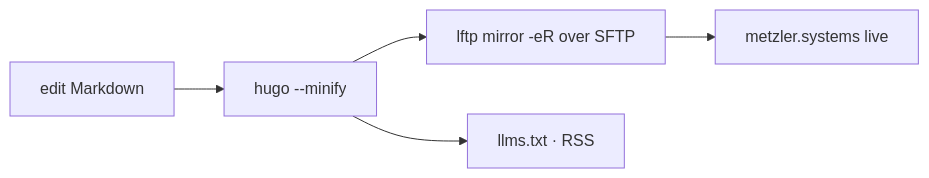
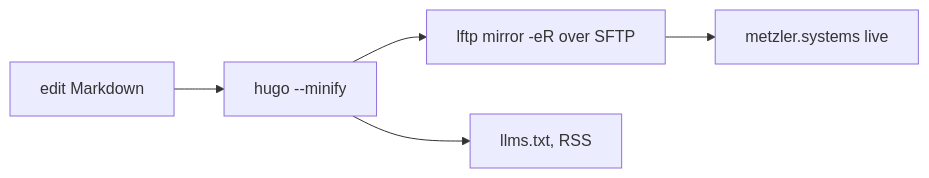
One commit to miathedev/metzler.systems changed the diagram in site/content/blog/2026-10-23-one-command-to-publish/index.md. Above: the diagram before and after it, drawn with Mermaid. The commit also changed other lines of this file and 11 other files, not shown here.

````diff
--- a/site/content/blog/2026-10-23-one-command-to-publish/index.md
+++ b/site/content/blog/2026-10-23-one-command-to-publish/index.md
@@ -24,7 +26,7 @@
 ```mermaid
 flowchart LR
   A[edit Markdown] --> B[hugo --minify]
   B --> C[lftp mirror -eR over SFTP]
   C --> D[metzler.systems live]
-  B --> E[llms.txt · RSS]
+  B --> E[llms.txt, RSS]
 ```
````
